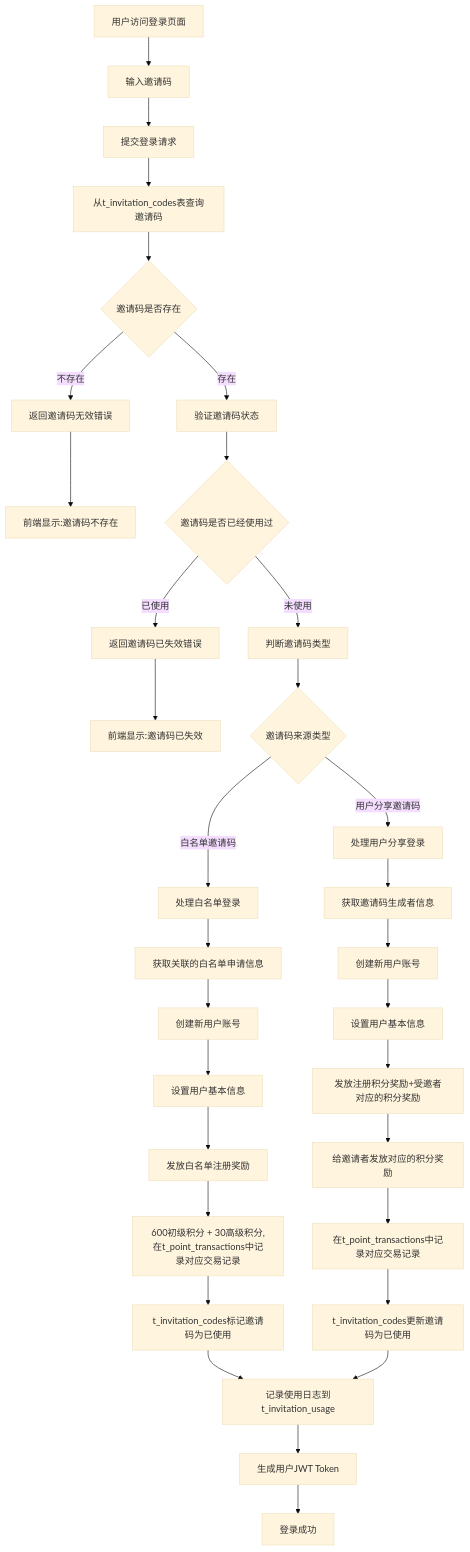
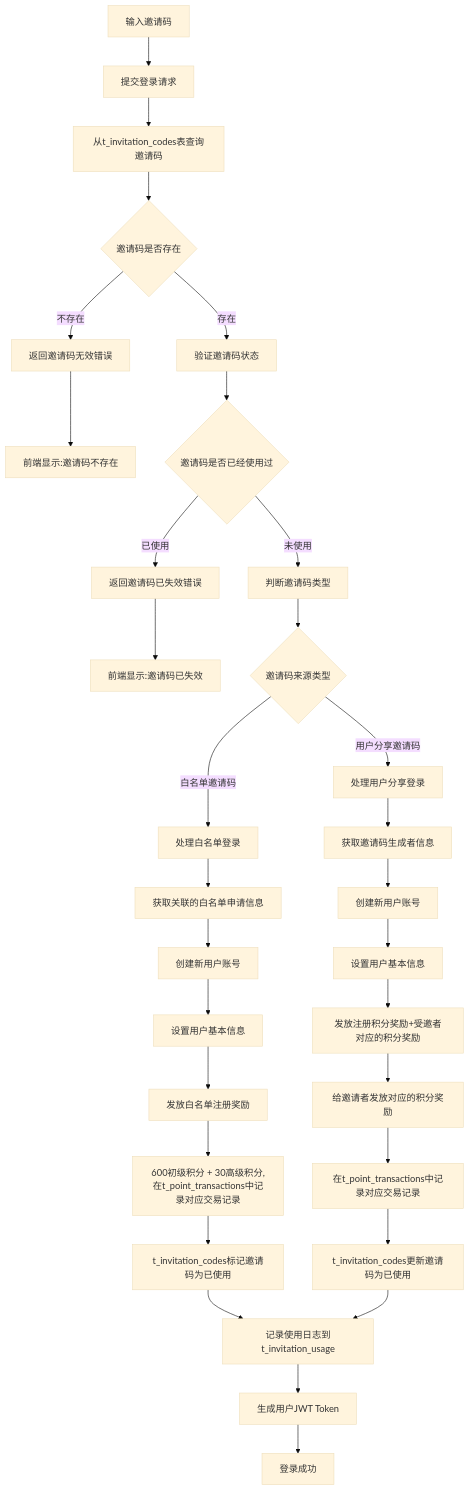
The diagram in all/未命名-76.md (yingjianzh/iodraw-files), drawn with Mermaid (base theme) before and after one commit.

Commit message:
2025-07-08 10:47:55 update

````diff
--- a/all/未命名-76.md
+++ b/all/未命名-76.md
@@ -1,41 +1,41 @@
 ```mermaid
 
 flowchart TD
-    A[用户访问登录页面] --> B[输入邀请码]
+    B[输入邀请码]
     B --> E[提交登录请求]
     E --> H[从t_invitation_codes表查询邀请码]
     H --> I{邀请码是否存在}
     I -->|不存在| J[返回邀请码无效错误]
     J --> K[前端显示:邀请码不存在]
     
     I -->|存在| L[验证邀请码状态]
     L --> M{邀请码是否已经使用过}
     M -->|已使用| N[返回邀请码已失效错误]
     N --> O[前端显示:邀请码已失效]
     
     M -->|未使用| X[判断邀请码类型]
     X --> Y{邀请码来源类型}
     
     Y -->|白名单邀请码| Z[处理白名单登录]
     Z --> Z1[获取关联的白名单申请信息]
     Z1 --> Z2[创建新用户账号]
     Z2 --> Z3[设置用户基本信息]
     Z3 --> Z4[发放白名单注册奖励]
     Z4 --> Z5[600初级积分 + 30高级积分,在t_point_transactions中记录对应交易记录]
     Z5 --> Z6[t_invitation_codes标记邀请码为已使用]
     Z6 --> AA[记录使用日志到t_invitation_usage]
     
     Y -->|用户分享邀请码| BB[处理用户分享登录]
     BB --> BB1[获取邀请码生成者信息]
     BB1 --> BB2[创建新用户账号]
     BB2 --> BB3[设置用户基本信息]
     BB3 --> BB4[发放注册积分奖励+受邀者对应的积分奖励]
     BB4 --> BB5[给邀请者发放对应的积分奖励]
     BB5 --> BB6[在t_point_transactions中记录对应交易记录]
     BB6 --> BB7[t_invitation_codes更新邀请码为已使用]
     BB7 --> AA
     
     AA --> CC[生成用户JWT Token]
     CC --> DD[登录成功]  
 
 ```
````
